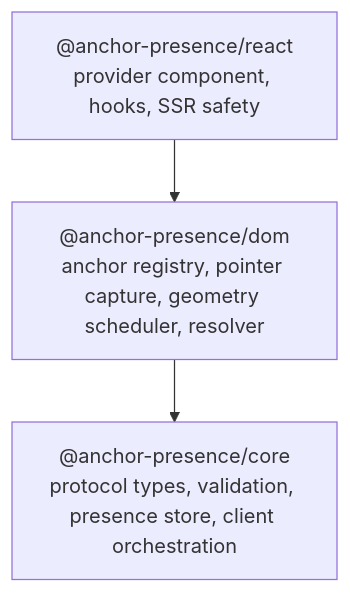
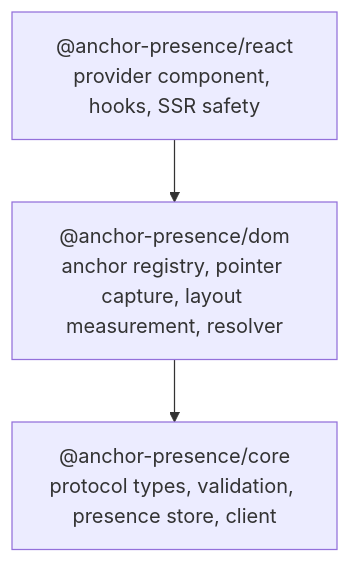
The first of 2 diagrams in apps/docs/content/docs/get-started/concepts/how-it-works.mdx (DammersCode/anchor-presence), drawn with Mermaid before and after one commit. The commit also changed other lines of this file and 93 other files, not shown here.

````diff
--- a/apps/docs/content/docs/get-started/concepts/how-it-works.mdx
+++ b/apps/docs/content/docs/get-started/concepts/how-it-works.mdx
@@ -16,10 +24,10 @@
 ```mermaid
 flowchart TB
     accTitle: Package layers
     accDescr: @anchor-presence/react depends on @anchor-presence/dom, which depends on @anchor-presence/core.
     react["@anchor-presence/react<br/>provider component, hooks, SSR safety"]
-    dom["@anchor-presence/dom<br/>anchor registry, pointer capture, geometry scheduler, resolver"]
-    core["@anchor-presence/core<br/>protocol types, validation, presence store, client orchestration"]
+    dom["@anchor-presence/dom<br/>anchor registry, pointer capture, layout measurement, resolver"]
+    core["@anchor-presence/core<br/>protocol types, validation, presence store, client"]
 
     react --> dom --> core
 ```
````
